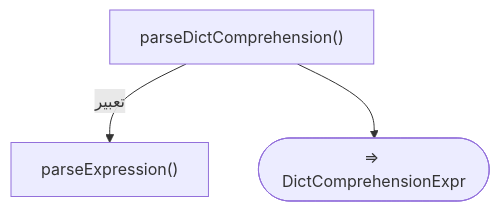
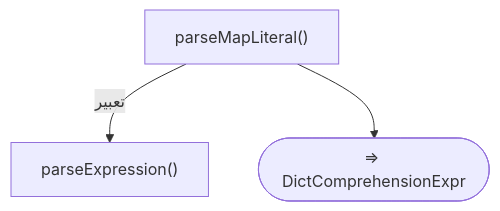
Before and after one commit to sadlang/sadlang: diagram 28 of 55 in docs/parser_rule/_generated/60_advanced.md, drawn with Mermaid. The commit also changed other lines of this file and 283 other files, not shown here.

````diff
--- a/docs/parser_rule/_generated/60_advanced.md
+++ b/docs/parser_rule/_generated/60_advanced.md
@@ -857,8 +928,8 @@
 ```mermaid
 flowchart TD
-  f1["parseDictComprehension()"]
+  f1["parseMapLiteral()"]
   f2["parseExpression()"]
   f1 -- "تعبير" --> f2
   f3(["⇒ DictComprehensionExpr"])
   f1 --> f3
 ```
````
